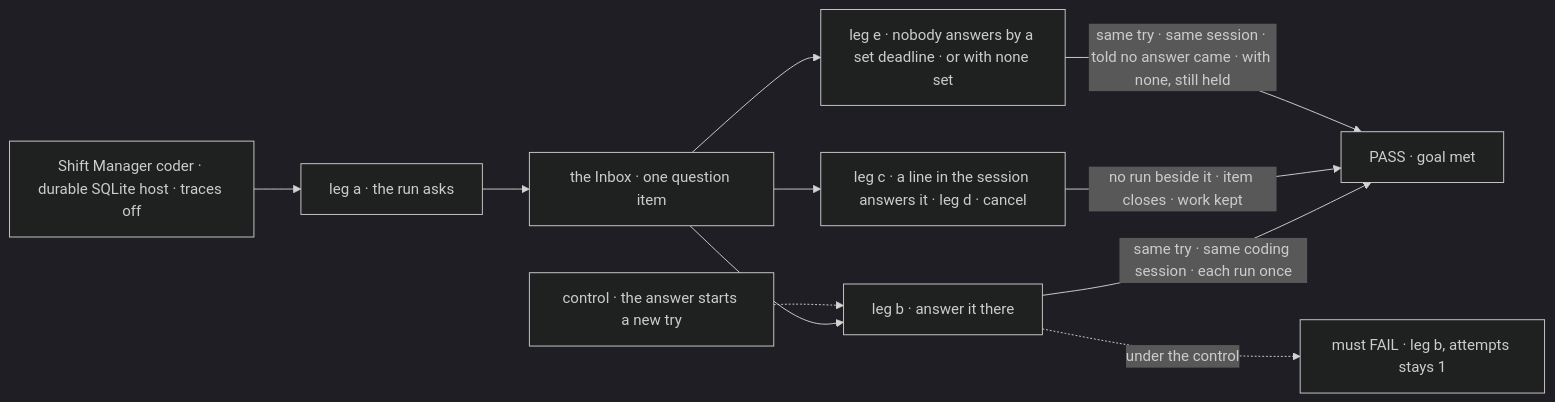
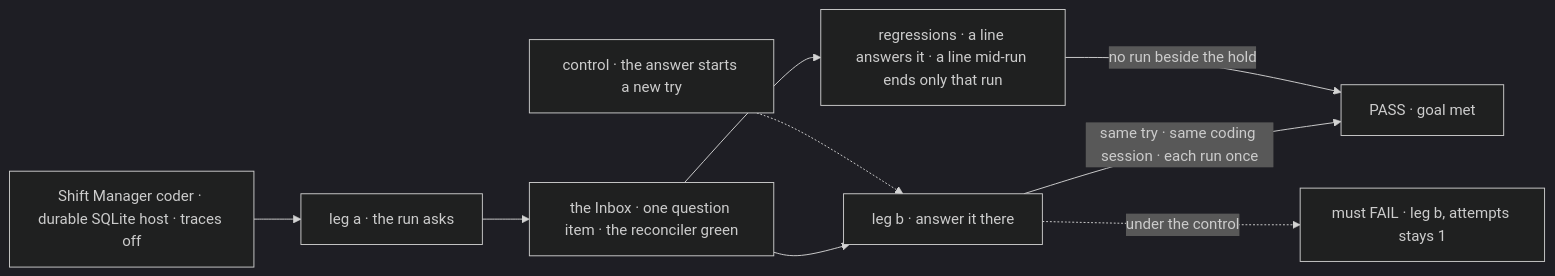
The first of 2 diagrams in specs/issues/FIX-2132/SPEC.md (fixpoint-labs/flow-state-dev), drawn with Mermaid (dark theme) before and after one commit. The commit also changed other lines of this file and 12 other files, not shown here.

````diff
--- a/specs/issues/FIX-2132/SPEC.md
+++ b/specs/issues/FIX-2132/SPEC.md
@@ -30,13 +30,11 @@
 ```mermaid
 flowchart LR
   H["Shift Manager coder · durable SQLite host · traces off"] --> A["leg a · the run asks"]
-  A --> I["the Inbox · one question item"]
+  A --> I["the Inbox · one question item · the reconciler green"]
   I --> B["leg b · answer it there"]
-  I --> C["leg c · a line in the session answers it · leg d · cancel"]
-  I --> E["leg e · nobody answers by a set deadline · or with none set"]
+  I --> R["regressions · a line answers it · a line mid-run ends only that run"]
   B -->|"same try · same coding session · each run once"| P["PASS · goal met"]
-  C -->|"no run beside it · item closes · work kept"| P
-  E -->|"same try · same session · told no answer came · with none, still held"| P
+  R -->|"no run beside the hold"| P
   K["control · the answer starts a new try"] -.-> B
   B -.->|"under the control"| F["must FAIL · leg b, attempts stays 1"]
 ```
````
